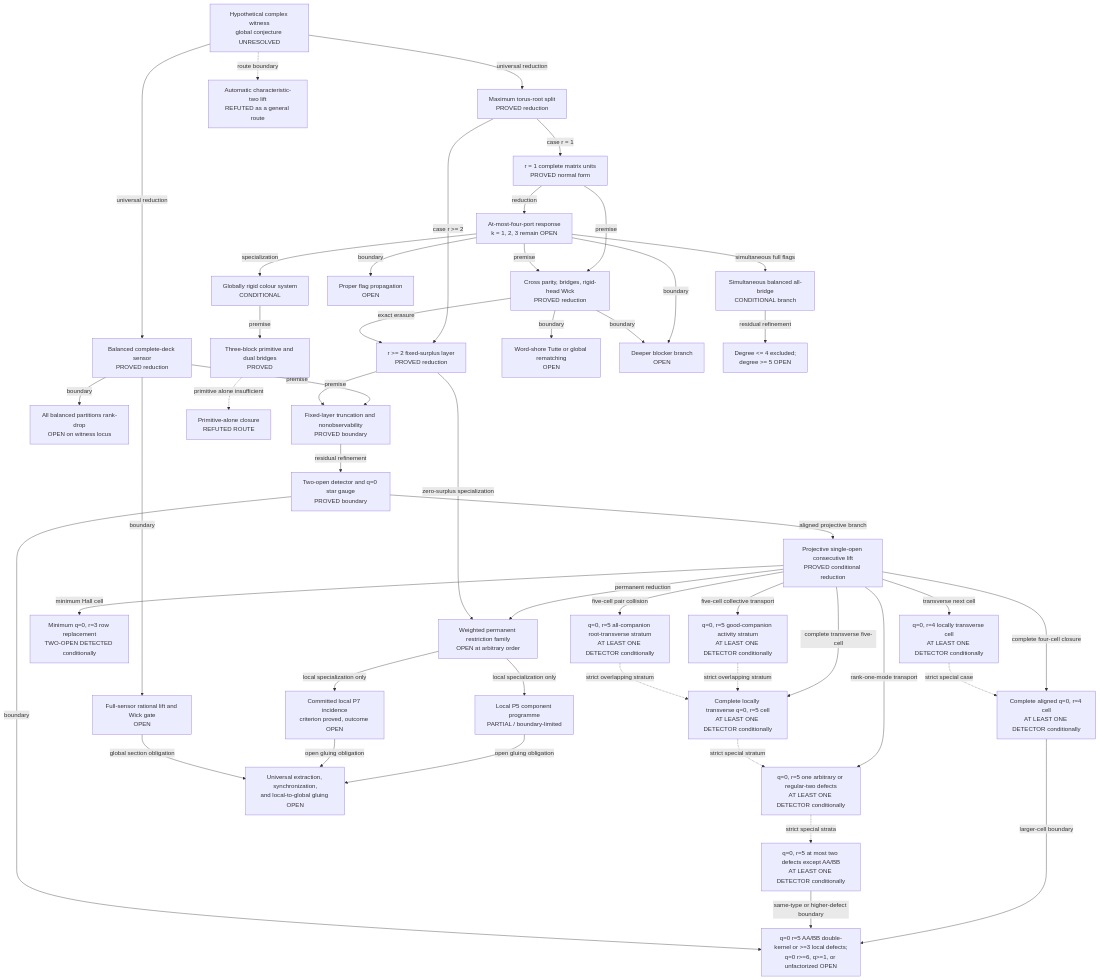
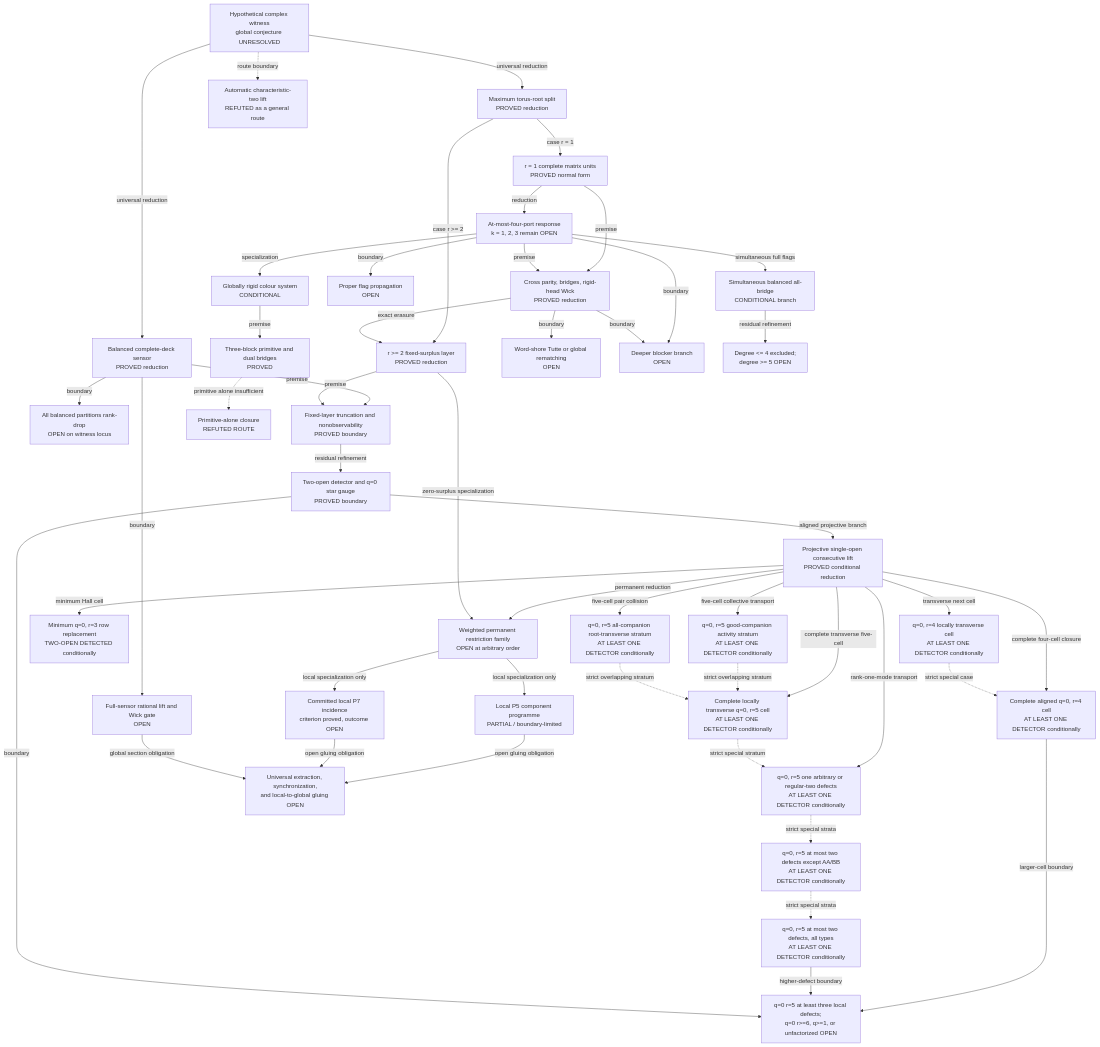
The diagram in docs/current-frontier.md (YesterdaysLemon/krenn-gu-research), drawn with Mermaid before and after one commit. The commit also changed other lines of this file and 6 other files, not shown here.

First line of the commit message:
Detect same-type five-cell defects (#93)

```diff
--- a/docs/current-frontier.md
+++ b/docs/current-frontier.md
@@ -62,7 +62,8 @@
   O2C["Complete locally transverse q=0, r=5 cell<br/>AT LEAST ONE DETECTOR conditionally"]
   O2D["q=0, r=5 one arbitrary or regular-two defects<br/>AT LEAST ONE DETECTOR conditionally"]
   O2E["q=0, r=5 at most two defects except AA/BB<br/>AT LEAST ONE DETECTOR conditionally"]
-  O3["q=0 r=5 AA/BB double-kernel or >=3 local defects;<br/>q=0 r>=6, q>=1, or unfactorized OPEN"]
+  O2G["q=0, r=5 at most two defects, all types<br/>AT LEAST ONE DETECTOR conditionally"]
+  O3["q=0 r=5 at least three local defects;<br/>q=0 r>=6, q>=1, or unfactorized OPEN"]
 
   U1["r = 1 complete matrix units<br/>PROVED normal form"]
   U2["At-most-four-port response<br/>k = 1, 2, 3 remain OPEN"]
@@ -106,8 +107,9 @@
   O2A -. strict overlapping stratum .-> O2C
   O2C -. strict special stratum .-> O2D
   O2D -. strict special strata .-> O2E
+  O2E -. strict special strata .-> O2G
   O2F -->|larger-cell boundary| O3
-  O2E -->|same-type or higher-defect boundary| O3
+  O2G -->|higher-defect boundary| O3
   O2 -->|boundary| O3
   M2 -->|zero-surplus specialization| PR
 
```
